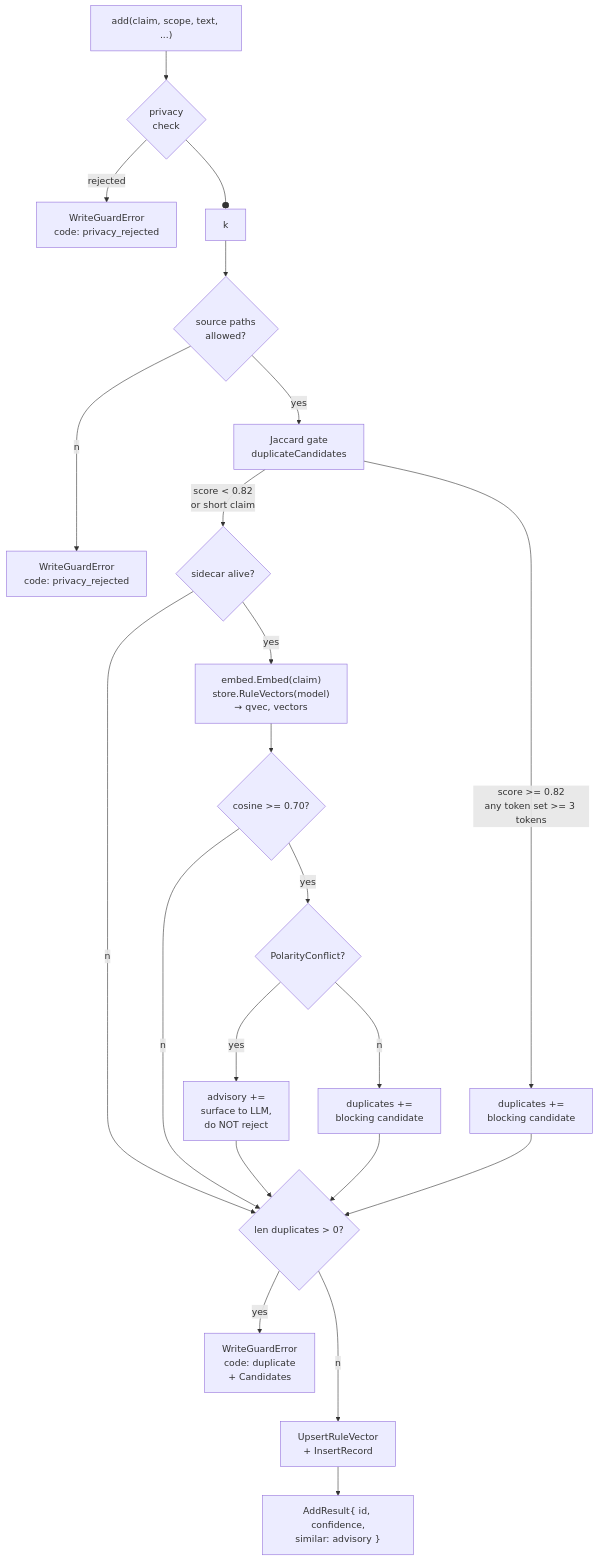
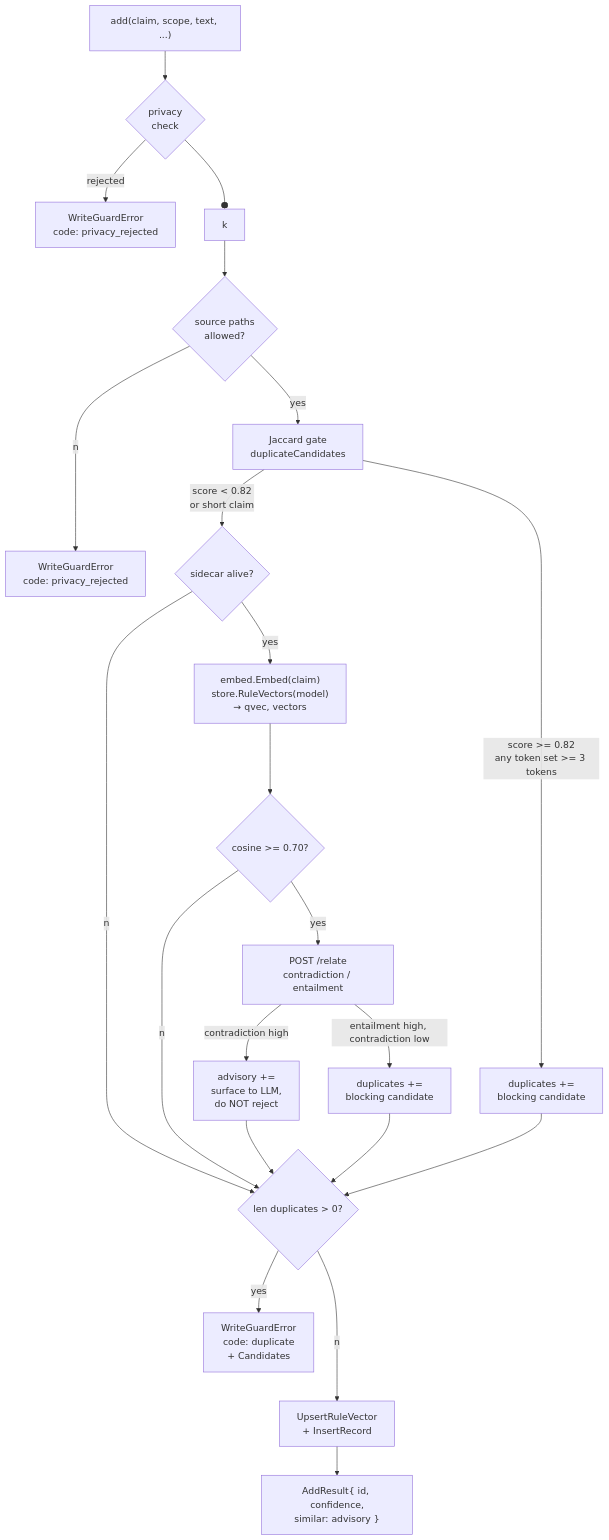
The first of 2 diagrams in docs/semantic-dedup.md (SteamedBread2333/imprint), drawn with Mermaid before and after one commit. The commit also changed other lines of this file and 11 other files, not shown here.

````diff
--- a/docs/semantic-dedup.md
+++ b/docs/semantic-dedup.md
@@ -96,23 +96,23 @@
 ```mermaid
 flowchart TD
     A["add(claim, scope, text, ...)"] --> B{privacy<br/>check}
     B --rejected--> R1["WriteGuardError<br/>code: privacy_rejected"]
     B --ok--> C{source paths<br/>allowed?}
     C --no--> R2["WriteGuardError<br/>code: privacy_rejected"]
     C --yes--> D[Jaccard gate<br/>duplicateCandidates]
     D --score >= 0.82<br/>any token set >= 3 tokens--> DUP["duplicates +=<br/>blocking candidate"]
     D --score < 0.82<br/>or short claim--> E{sidecar alive?}
     E --no--> DEC{len duplicates > 0?}
     E --yes--> F["embed.Embed(claim)<br/>store.RuleVectors(model)<br/>→ qvec, vectors"]
     F --> G{cosine >= 0.70?}
     G --no--> DEC
-    G --yes--> H{PolarityConflict?}
-    H --yes--> AD["advisory +=<br/>surface to LLM,<br/>do NOT reject"]
-    H --no--> BLK["duplicates +=<br/>blocking candidate"]
+    G --yes--> H["POST /relate<br/>contradiction / entailment"]
+    H --contradiction high--> AD["advisory +=<br/>surface to LLM,<br/>do NOT reject"]
+    H --entailment high, contradiction low--> BLK["duplicates +=<br/>blocking candidate"]
     AD --> DEC
     BLK --> DEC
     DUP --> DEC
     DEC --yes--> R3["WriteGuardError<br/>code: duplicate<br/>+ Candidates"]
     DEC --no--> I[UpsertRuleVector<br/>+ InsertRecord]
     I --> OK["AddResult{ id, confidence,<br/>similar: advisory }"]
 ```
````
